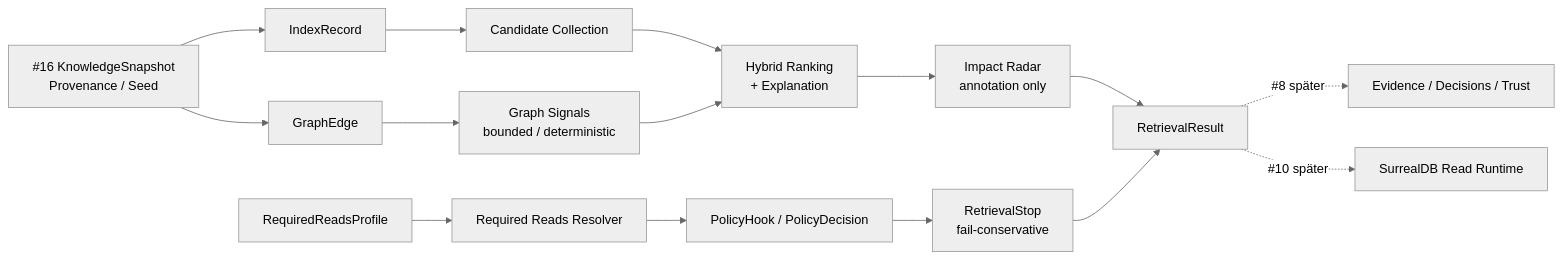
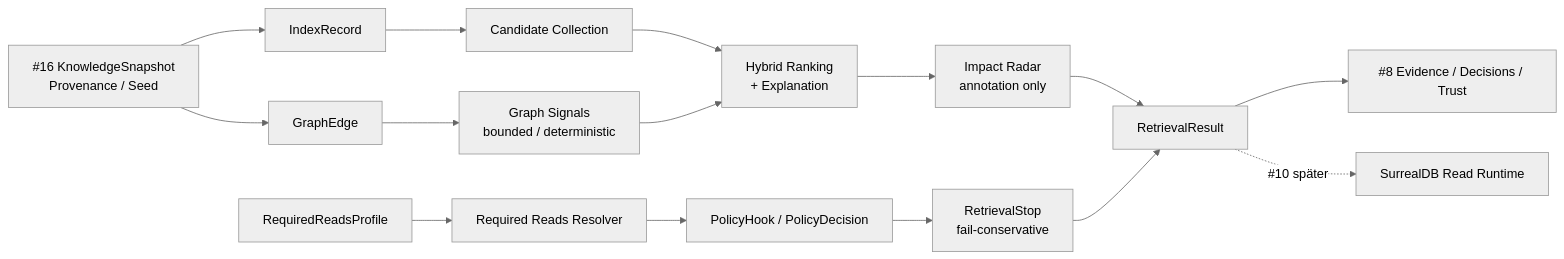
One commit to jannekbuengener/agent-brain changed the ninth of 10 diagrams in docs/DATENFLUESSE.md. Above: the diagram before and after it, drawn with Mermaid (neutral theme). The commit also changed other lines of this file and 47 other files, not shown here.

First line of the commit message:
feat(evidence): Evidence/Decisions/Trust pipeline (#8) (#69)

````diff
--- a/docs/DATENFLUESSE.md
+++ b/docs/DATENFLUESSE.md
@@ -278,18 +278,18 @@
 ```mermaid
 flowchart LR
     SNAP["#16 KnowledgeSnapshot\nProvenance / Seed"] --> IDX["IndexRecord"]
     SNAP --> EDGE["GraphEdge"]
     IDX --> COLLECT["Candidate Collection"]
     EDGE --> GS["Graph Signals\nbounded / deterministic"]
     COLLECT --> RANK["Hybrid Ranking\n+ Explanation"]
     GS --> RANK
     RANK --> IMPACT["Impact Radar\nannotation only"]
     RR["RequiredReadsProfile"] --> RRES["Required Reads Resolver"]
     RRES --> POLICY["PolicyHook / PolicyDecision"]
     POLICY --> STOP["RetrievalStop\nfail-conservative"]
     IMPACT --> RESULT["RetrievalResult"]
     STOP --> RESULT
 
-    RESULT -. "#8 später" .-> EVIDENCE["Evidence / Decisions / Trust"]
+    RESULT --> EVIDENCE["#8 Evidence / Decisions / Trust"]
     RESULT -. "#10 später" .-> SURREAL["SurrealDB Read Runtime"]
 ```
````
